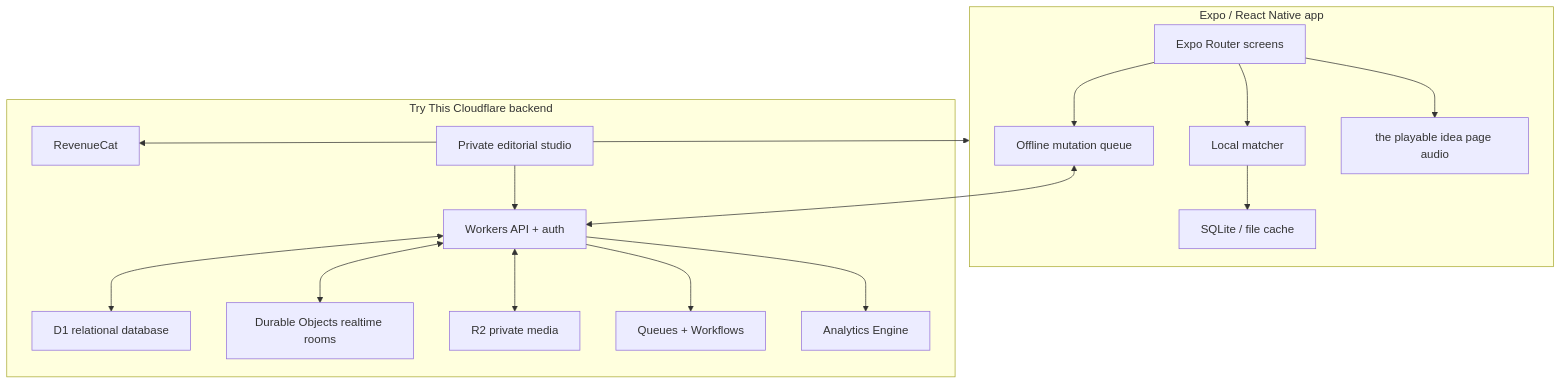
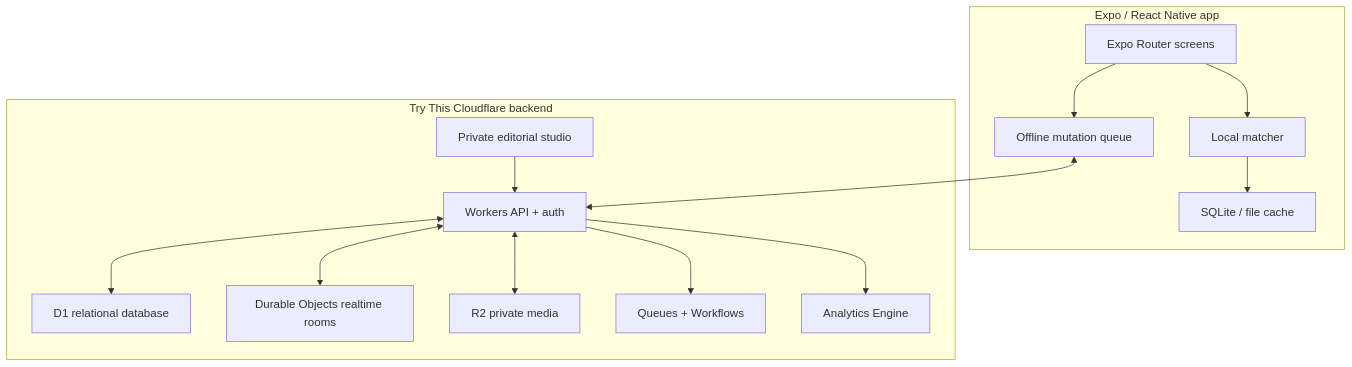
Before and after one commit to mirrorphotosintern/bonding: the first of 2 diagrams in docs/TECHNICAL_SPEC.md, drawn with Mermaid. The commit also changed other lines of this file and 15 other files, not shown here.

````diff
--- a/docs/TECHNICAL_SPEC.md
+++ b/docs/TECHNICAL_SPEC.md
@@ -17,34 +17,30 @@
 ```mermaid
 flowchart TB
     subgraph App["Expo / React Native app"]
       UI["Expo Router screens"]
       Match["Local matcher"]
       Cache["SQLite / file cache"]
       Queue["Offline mutation queue"]
-      Audio["the playable idea page audio"]
     end
 
     subgraph Cloud["Try This Cloudflare backend"]
       API["Workers API + auth"]
       D1["D1 relational database"]
       DO["Durable Objects realtime rooms"]
       R2["R2 private media"]
       Q["Queues + Workflows"]
       AE["Analytics Engine"]
-      RC["RevenueCat"]
       Admin["Private editorial studio"]
     end
 
     UI --> Match
     Match --> Cache
-    UI --> Audio
     UI --> Queue
     Queue <--> API
     API <--> D1
     API <--> DO
     API <--> R2
     API --> Q
     API --> AE
-    App <--> RC
     Admin --> API
 ```
````
